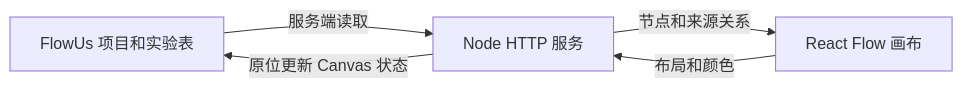
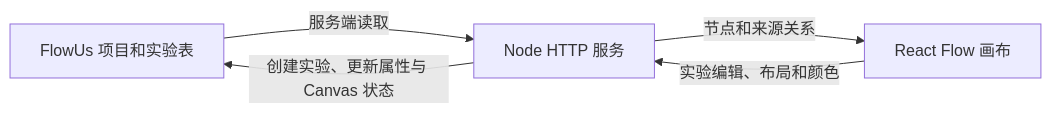
Before and after one commit to DaveBraid/flowus-helix-project-canvas: the diagram in README.md, drawn with Mermaid. The commit also changed other lines of this file and 13 other files, not shown here.

````diff
--- a/README.md
+++ b/README.md
@@ -128,7 +137,7 @@
 ```mermaid
 flowchart LR
     A[FlowUs 项目和实验表] -->|服务端读取| B[Node HTTP 服务]
     B -->|节点和来源关系| C[React Flow 画布]
-    C -->|布局和颜色| B
-    B -->|原位更新 Canvas 状态| A
+    C -->|实验编辑、布局和颜色| B
+    B -->|创建实验、更新属性与 Canvas 状态| A
 ```
````
